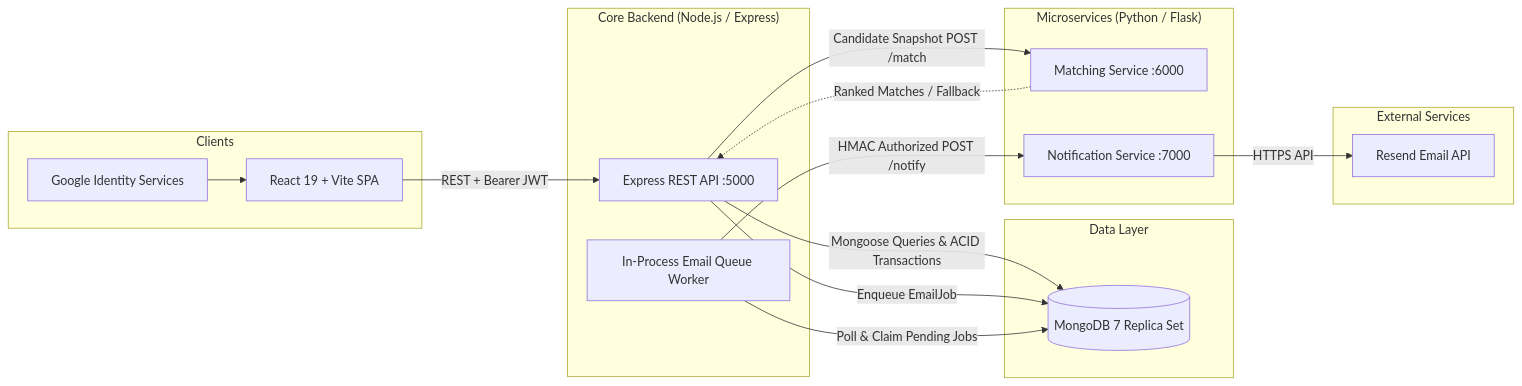
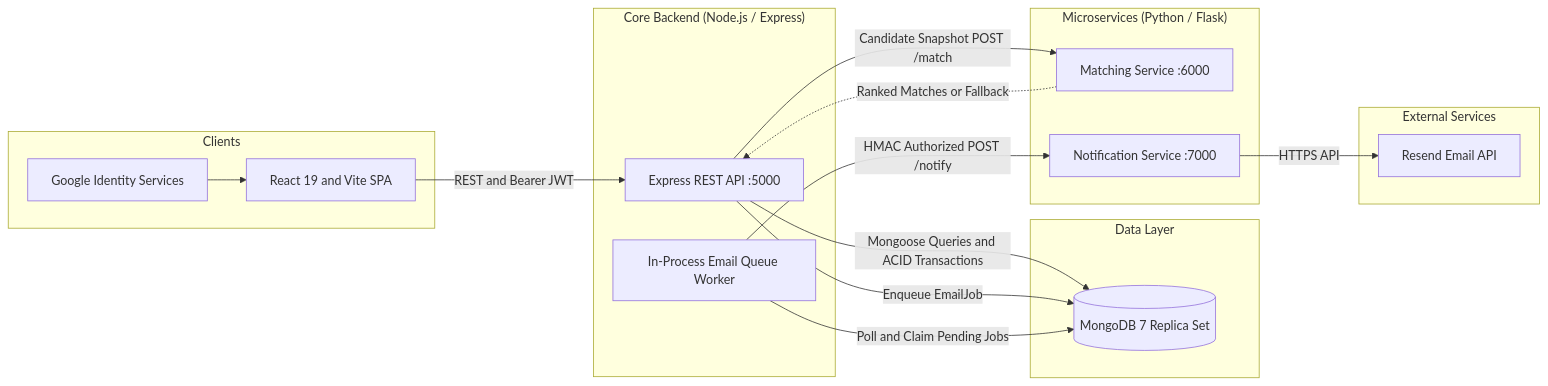
One commit to eeemrann/skillswap changed the first of 5 diagrams in README.md. Above: the diagram before and after it, drawn with Mermaid. The commit also changed other lines of this file, not shown here.

````diff
--- a/README.md
+++ b/README.md
@@ -116,35 +76,35 @@
 ```mermaid
 flowchart LR
     subgraph Clients
-        Browser[React 19 + Vite SPA]
-        GIS[Google Identity Services] --> Browser
+        Browser["React 19 and Vite SPA"]
+        GIS["Google Identity Services"] --> Browser
     end
 
     subgraph CoreBackend["Core Backend (Node.js / Express)"]
-        API[Express REST API :5000]
-        EmailWorker[In-Process Email Queue Worker]
+        API["Express REST API :5000"]
+        EmailWorker["In-Process Email Queue Worker"]
     end
 
     subgraph DataStore["Data Layer"]
-        MongoDB[(MongoDB 7 Replica Set)]
+        MongoDB[("MongoDB 7 Replica Set")]
     end
 
     subgraph Microservices["Microservices (Python / Flask)"]
-        MatchService[Matching Service :6000]
-        NotifyService[Notification Service :7000]
+        MatchService["Matching Service :6000"]
+        NotifyService["Notification Service :7000"]
     end
 
     subgraph External["External Services"]
-        Resend[Resend Email API]
+        Resend["Resend Email API"]
     end
 
-    Browser -->|REST + Bearer JWT| API
-    API -->|Mongoose Queries & ACID Transactions| MongoDB
+    Browser -->|REST and Bearer JWT| API
+    API -->|Mongoose Queries and ACID Transactions| MongoDB
     API -->|Candidate Snapshot POST /match| MatchService
-    MatchService -.->|Ranked Matches / Fallback| API
+    MatchService -.->|Ranked Matches or Fallback| API
 
     API -->|Enqueue EmailJob| MongoDB
-    EmailWorker -->|Poll & Claim Pending Jobs| MongoDB
+    EmailWorker -->|Poll and Claim Pending Jobs| MongoDB
     EmailWorker -->|HMAC Authorized POST /notify| NotifyService
     NotifyService -->|HTTPS API| Resend
 ```
````
